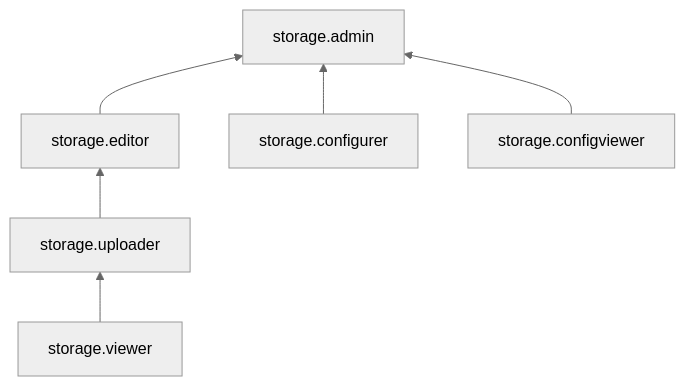
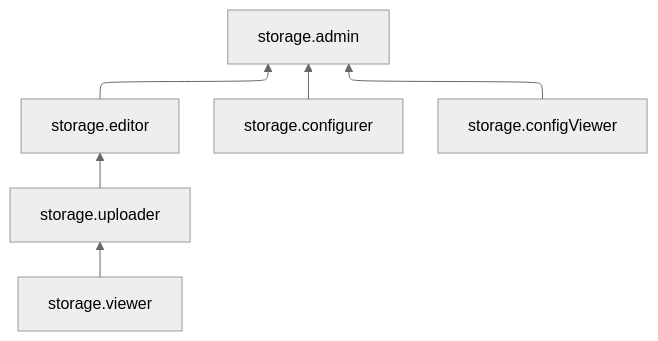
Before and after one commit to yandex-cloud/docs: the diagram in en/_mermaid/roles/storage.md, drawn with Mermaid (neutral theme). The commit also changed 2668 other files, not shown here.

````diff
--- a/en/_mermaid/roles/storage.md
+++ b/en/_mermaid/roles/storage.md
@@ -1,8 +1,9 @@
 ```mermaid
+%%{init: {"flowchart": {'defaultRenderer': 'elk'}} }%%
 flowchart BT
     storage.editor --> storage.admin
     storage.configurer --> storage.admin
-    storage.configviewer --> storage.admin
+    storage.configViewer --> storage.admin
     storage.uploader --> storage.editor
     storage.viewer --> storage.uploader 
 ```
````
